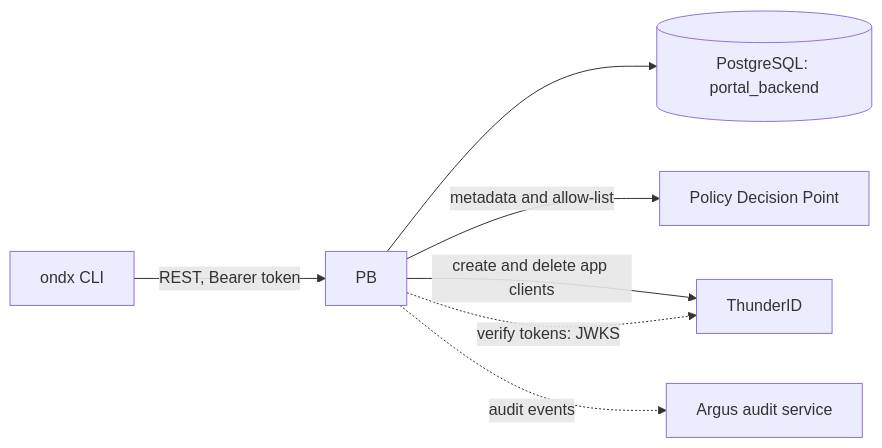
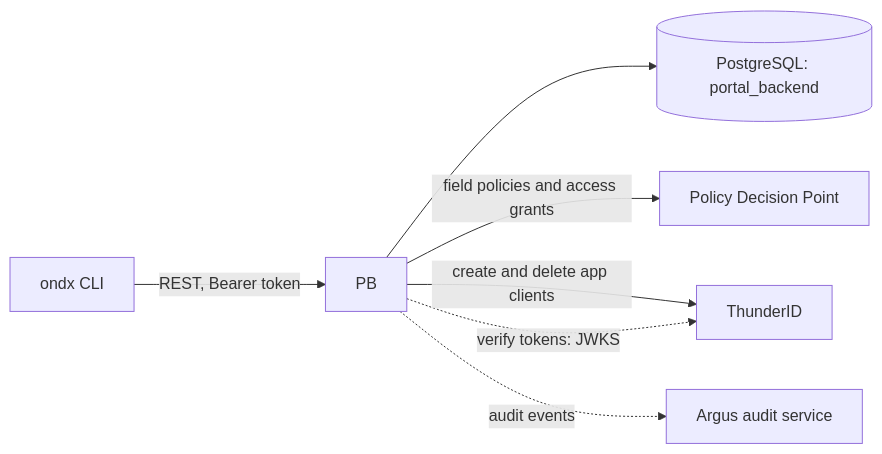
Before and after one commit to openndx/openndx-core: the first of 2 diagrams in cmd/pb/README.md, drawn with Mermaid. The commit also changed other lines of this file and 16 other files, not shown here.

````diff
--- a/cmd/pb/README.md
+++ b/cmd/pb/README.md
@@ -9,9 +9,9 @@
 ```mermaid
 flowchart LR
     CLI[ondx CLI] -->|REST, Bearer token| PB
     PB --> DB[(PostgreSQL: portal_backend)]
-    PB -->|metadata and allow-list| PDP[Policy Decision Point]
+    PB -->|field policies and access grants| PDP[Policy Decision Point]
     PB -->|create and delete app clients| IDP[ThunderID]
     PB -.->|verify tokens: JWKS| IDP
     PB -.->|audit events| A[Argus audit service]
 ```
````
